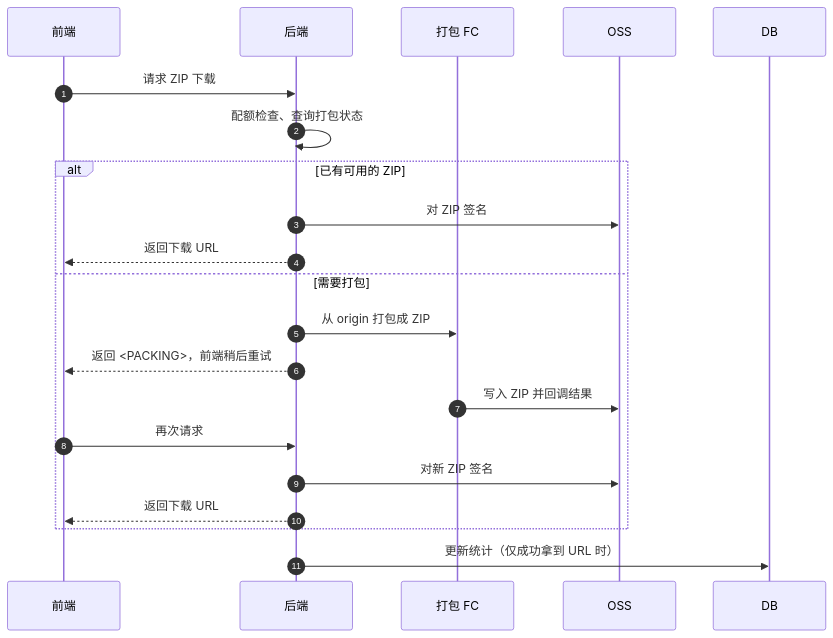
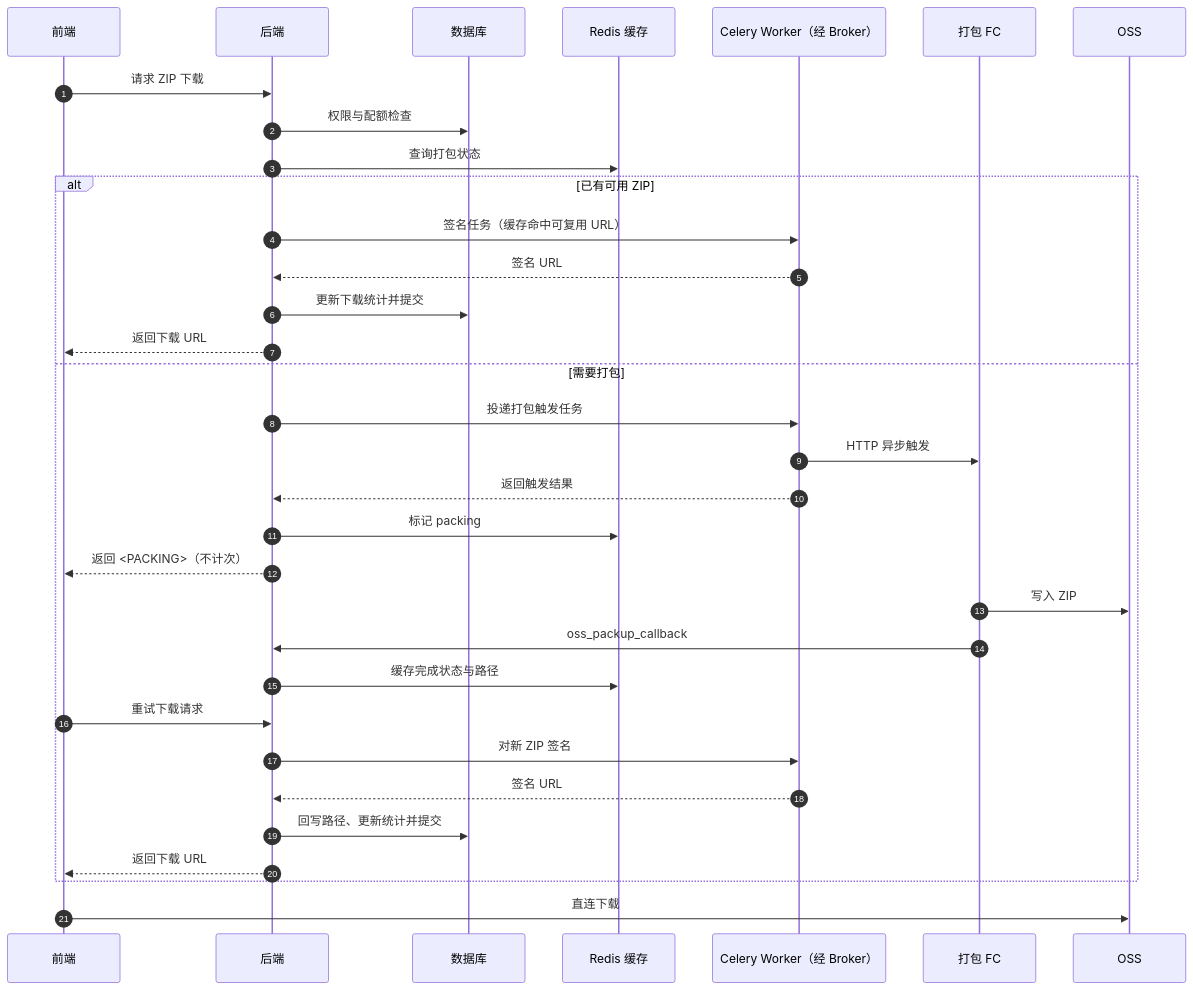
The second of 2 diagrams in docs/zh/核心业务API架构-文件下载.md (NeoNexusX/Kawaru), drawn with Mermaid before and after one commit. The commit also changed other lines of this file and 27 other files, not shown here.

First line of the commit message:
feat: Update API documentation and architecture for user authentication, task processing, and statistics

````diff
--- a/docs/zh/核心业务API架构-文件下载.md
+++ b/docs/zh/核心业务API架构-文件下载.md
@@ -58,23 +63,36 @@
 ```mermaid
 sequenceDiagram
     autonumber
     participant FE as 前端
     participant API as 后端
+    participant DB as 数据库
+    participant Redis as Redis 缓存
+    participant Worker as Celery Worker（经 Broker）
     participant FC as 打包 FC
     participant OSS as OSS
 
     FE->>API: 请求 ZIP 下载
-    API->>API: 配额检查、查询打包状态
-    alt 已有可用的 ZIP
-        API->>OSS: 对 ZIP 签名
+    API->>DB: 权限与配额检查
+    API->>Redis: 查询打包状态
+    alt 已有可用 ZIP
+        API->>Worker: 签名任务（缓存命中可复用 URL）
+        Worker-->>API: 签名 URL
+        API->>DB: 更新下载统计并提交
         API-->>FE: 返回下载 URL
     else 需要打包
-        API->>FC: 从 origin 打包成 ZIP
-        API-->>FE: 返回 <PACKING>，前端稍后重试
-        FC->>OSS: 写入 ZIP 并回调结果
-        FE->>API: 再次请求
-        API->>OSS: 对新 ZIP 签名
+        API->>Worker: 投递打包触发任务
+        Worker->>FC: HTTP 异步触发
+        Worker-->>API: 返回触发结果
+        API->>Redis: 标记 packing
+        API-->>FE: 返回 <PACKING>（不计次）
+        FC->>OSS: 写入 ZIP
+        FC->>API: oss_packup_callback
+        API->>Redis: 缓存完成状态与路径
+        FE->>API: 重试下载请求
+        API->>Worker: 对新 ZIP 签名
+        Worker-->>API: 签名 URL
+        API->>DB: 回写路径、更新统计并提交
         API-->>FE: 返回下载 URL
     end
-    API->>DB: 更新统计（仅成功拿到 URL 时）
+    FE->>OSS: 直连下载
 ```
````
